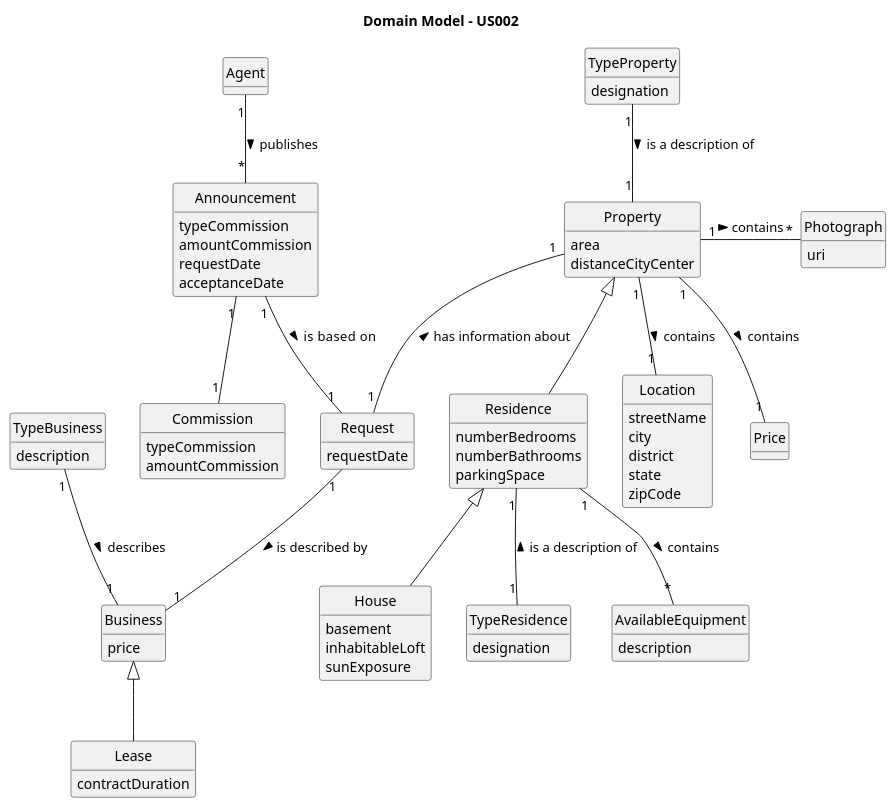
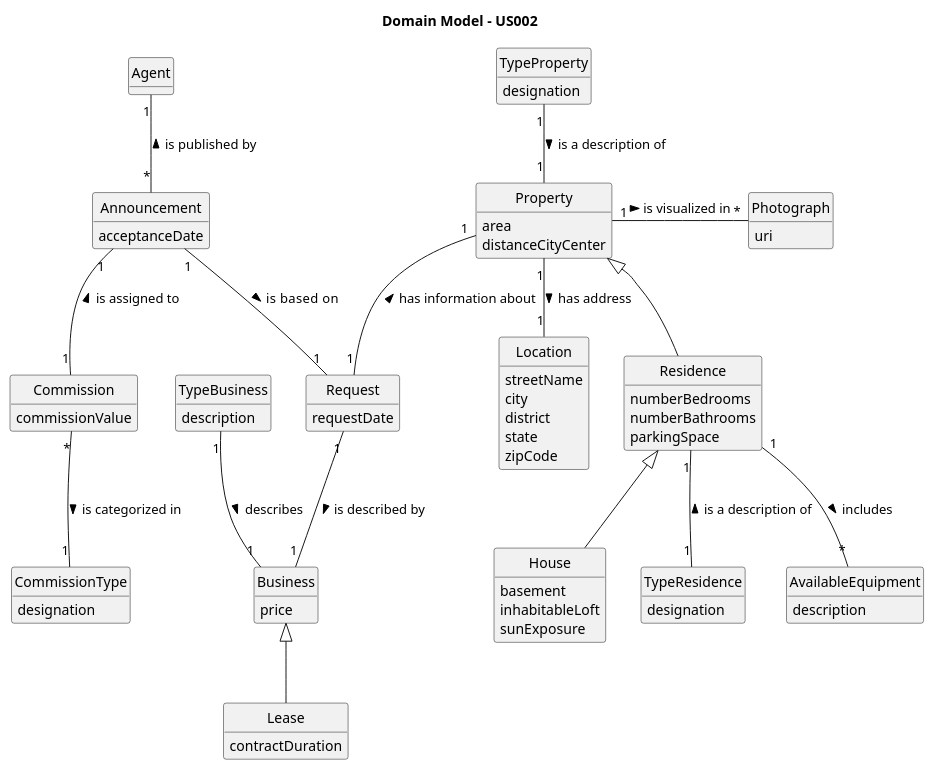
Before and after one commit to rita-barbosa/LAPR2-2223: the diagram in docs/sprintB/us002/02.analysis/puml/us002-domain-model.puml, drawn with PlantUML.

Commit message:
Update of domain model [US002][Analysis]

```diff
--- a/docs/sprintB/us002/02.analysis/puml/us002-domain-model.puml
+++ b/docs/sprintB/us002/02.analysis/puml/us002-domain-model.puml
@@ -1,96 +1,93 @@
 @startuml
 skinparam monochrome true
 skinparam packageStyle rectangle
 skinparam shadowing false
 
 'left to right direction
 
 skinparam classAttributeIconSize 0
 
 hide circle
 hide methods
 
 title Domain Model - US002
 
 
 class Announcement {
- typeCommission
- amountCommission
+acceptanceDate
 }
- class Announcement {
-requestDate
-acceptanceDate
- }
 class Commission {
-typeCommission
-amountCommission
+commissionValue
 }
-
+class CommissionType{
+designation
+}
 class Property{
  area
  distanceCityCenter
 }
 
 class Residence{
  numberBedrooms
  numberBathrooms
  parkingSpace
 }
 class House{
  basement
  inhabitableLoft
  sunExposure
 }
 class TypeProperty{
 designation
 }
 class TypeResidence{
 designation
 }
 class Photograph{
 uri
 }
 class Location{
 streetName
 city
 district
 state
 zipCode
 }
 class Business{
 price
 }
 class Lease{
 contractDuration
 }
 class Agent {
 }
 class AvailableEquipment{
 description
 }
 class Request{
 requestDate
 }
 class TypeBusiness{
 description
 }
 
-Agent "1" -- "*" Announcement: publishes >
+
+Agent "1" -- "*" Announcement: is published by <
 TypeProperty "1" -- "1" Property: is a description of >
 Residence -up-|> Property
 TypeResidence "1" -up- "1" Residence: is a description of >
 House -up-|> Residence
-Property "1" - "*" Photograph: contains >
-Property "1"--"1" Location: contains >
-Property "1" -- "1" Price: contains >
+Property "1" - "*" Photograph: is visualized in >
+Property "1"--"1" Location: has address >
 Business <|-- Lease
-Residence "1" -- "*"AvailableEquipment: contains >
-Announcement "1" -- "1" Commission
+Residence "1" -- "*"AvailableEquipment: includes >
+Announcement "1" -- "1" Commission : is assigned to <
+Commission "*" -- "1" CommissionType : is categorized in >
 Property "1" -- "1" Request : < has information about
 Request "1" -- "1" Business: is described by >
 TypeBusiness "1" -- "1" Business : describes >
 Announcement "1" -- "1" Request : is  based on >
 
 
 
 @enduml
```
